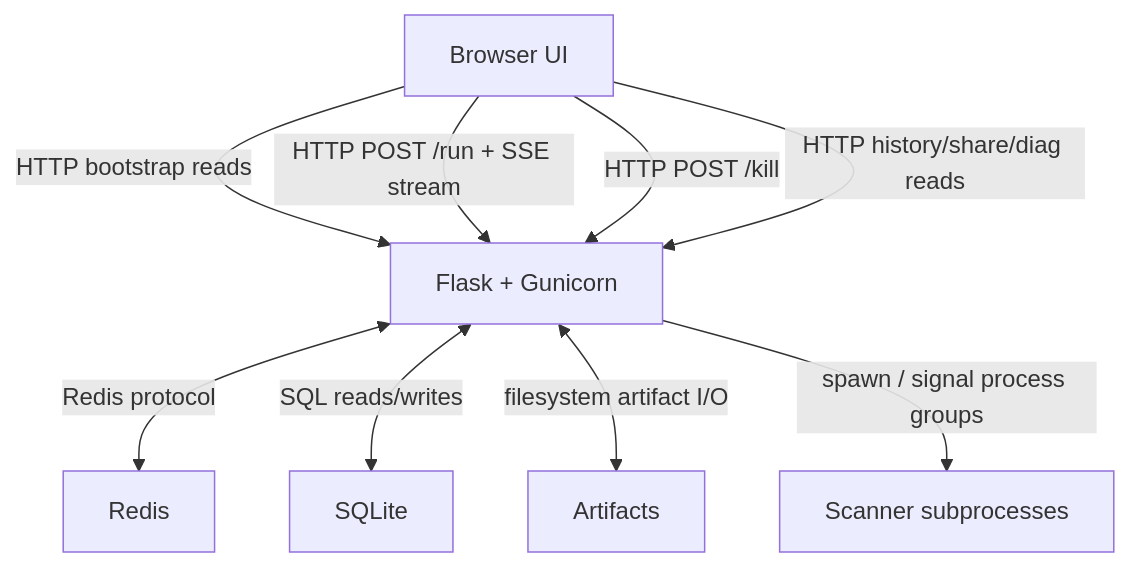
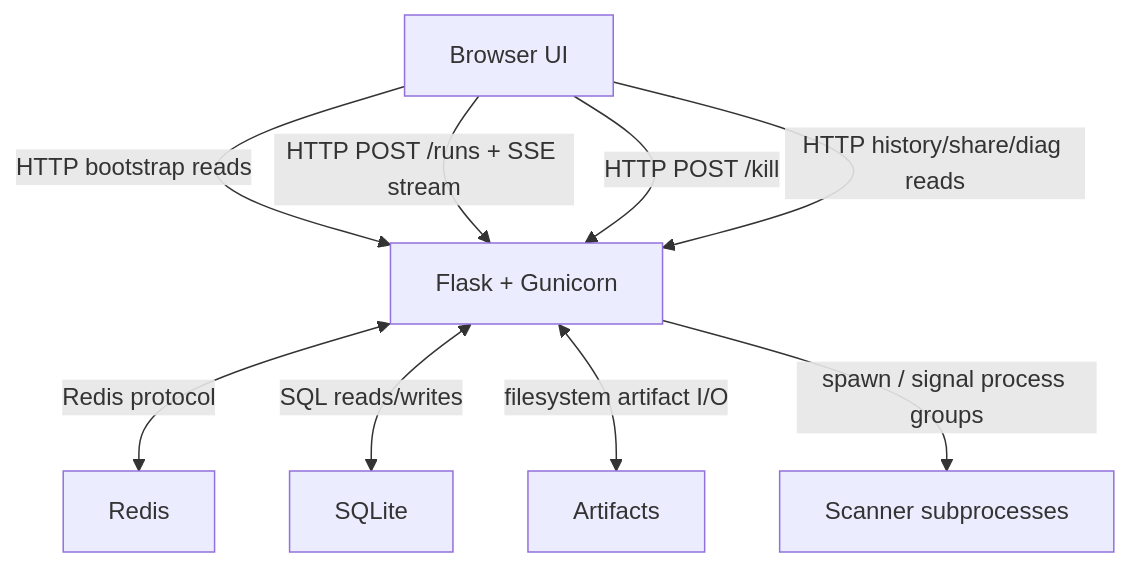
One commit to darklab-sh/darklab-shell changed the second of 6 diagrams in ARCHITECTURE.md. Above: the diagram before and after it, drawn with Mermaid. The commit also changed other lines of this file and 36 other files, not shown here.

Commit message:
Implementing Redis-based run broker to allow command output reattachment, cross-browser attachment and cross-browser takeover.

````diff
--- a/ARCHITECTURE.md
+++ b/ARCHITECTURE.md
@@ -102,19 +102,19 @@
 ```mermaid
 flowchart TB
   Browser["Browser UI"]
   Flask["Flask + Gunicorn"]
   Redis["Redis"]
   SQLite["SQLite"]
   Artifacts["Artifacts"]
   Scanner["Scanner subprocesses"]
 
   Browser -->|HTTP bootstrap reads| Flask
-  Browser -->|HTTP POST /run + SSE stream| Flask
+  Browser -->|HTTP POST /runs + SSE stream| Flask
   Browser -->|HTTP POST /kill| Flask
   Browser -->|HTTP history/share/diag reads| Flask
 
   Flask <--> |Redis protocol| Redis
   Flask <--> |SQL reads/writes| SQLite
   Flask <--> |filesystem artifact I/O| Artifacts
   Flask -->|spawn / signal process groups| Scanner
 ```
````
